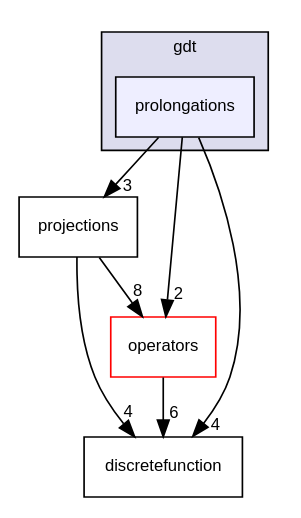
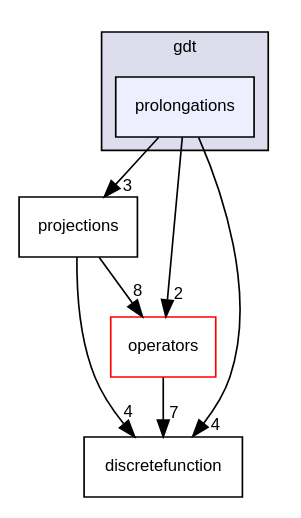
One commit to dune-community/dune-community.github.io changed the diagram in docs/dune-gdt/master/dir_c88e3ed311af0f375f576c52f205fc08_dep.dot. Above: the diagram before and after it, drawn with Graphviz. The commit also changed 3659 other files, not shown here.

```diff
--- a/docs/dune-gdt/master/dir_c88e3ed311af0f375f576c52f205fc08_dep.dot
+++ b/docs/dune-gdt/master/dir_c88e3ed311af0f375f576c52f205fc08_dep.dot
@@ -1,18 +1,18 @@
 digraph "prolongations" {
   compound=true
   node [ fontsize="10", fontname="Helvetica"];
   edge [ labelfontsize="10", labelfontname="Helvetica"];
   subgraph clusterdir_34906b46abd2322068aa0195bd244708 {
     graph [ bgcolor="#ddddee", pencolor="black", label="gdt" fontname="Helvetica", fontsize="10", URL="dir_34906b46abd2322068aa0195bd244708.html"]
   dir_c88e3ed311af0f375f576c52f205fc08 [shape=box, label="prolongations", style="filled", fillcolor="#eeeeff", pencolor="black", URL="dir_c88e3ed311af0f375f576c52f205fc08.html"];
   }
   dir_422e9240d05ce838e6f6483d1fde367d [shape=box label="projections" URL="dir_422e9240d05ce838e6f6483d1fde367d.html"];
   dir_e555b9af892587a8ff0beb600029e8f8 [shape=box label="discretefunction" URL="dir_e555b9af892587a8ff0beb600029e8f8.html"];
   dir_8eae17099f455a1cfbd2c25e13098b8a [shape=box label="operators" fillcolor="white" style="filled" color="red" URL="dir_8eae17099f455a1cfbd2c25e13098b8a.html"];
-  dir_422e9240d05ce838e6f6483d1fde367d->dir_e555b9af892587a8ff0beb600029e8f8 [headlabel="4", labeldistance=1.5 headhref="dir_000025_000016.html"];
-  dir_422e9240d05ce838e6f6483d1fde367d->dir_8eae17099f455a1cfbd2c25e13098b8a [headlabel="8", labeldistance=1.5 headhref="dir_000025_000005.html"];
-  dir_c88e3ed311af0f375f576c52f205fc08->dir_422e9240d05ce838e6f6483d1fde367d [headlabel="3", labeldistance=1.5 headhref="dir_000029_000025.html"];
-  dir_c88e3ed311af0f375f576c52f205fc08->dir_e555b9af892587a8ff0beb600029e8f8 [headlabel="4", labeldistance=1.5 headhref="dir_000029_000016.html"];
-  dir_c88e3ed311af0f375f576c52f205fc08->dir_8eae17099f455a1cfbd2c25e13098b8a [headlabel="2", labeldistance=1.5 headhref="dir_000029_000005.html"];
-  dir_8eae17099f455a1cfbd2c25e13098b8a->dir_e555b9af892587a8ff0beb600029e8f8 [headlabel="6", labeldistance=1.5 headhref="dir_000005_000016.html"];
+  dir_422e9240d05ce838e6f6483d1fde367d->dir_e555b9af892587a8ff0beb600029e8f8 [headlabel="4", labeldistance=1.5 headhref="dir_000023_000014.html"];
+  dir_422e9240d05ce838e6f6483d1fde367d->dir_8eae17099f455a1cfbd2c25e13098b8a [headlabel="8", labeldistance=1.5 headhref="dir_000023_000007.html"];
+  dir_c88e3ed311af0f375f576c52f205fc08->dir_422e9240d05ce838e6f6483d1fde367d [headlabel="3", labeldistance=1.5 headhref="dir_000028_000023.html"];
+  dir_c88e3ed311af0f375f576c52f205fc08->dir_e555b9af892587a8ff0beb600029e8f8 [headlabel="4", labeldistance=1.5 headhref="dir_000028_000014.html"];
+  dir_c88e3ed311af0f375f576c52f205fc08->dir_8eae17099f455a1cfbd2c25e13098b8a [headlabel="2", labeldistance=1.5 headhref="dir_000028_000007.html"];
+  dir_8eae17099f455a1cfbd2c25e13098b8a->dir_e555b9af892587a8ff0beb600029e8f8 [headlabel="7", labeldistance=1.5 headhref="dir_000007_000014.html"];
 }
```
